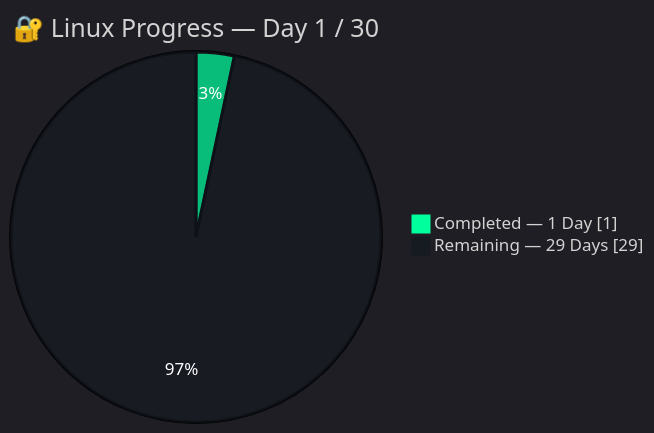
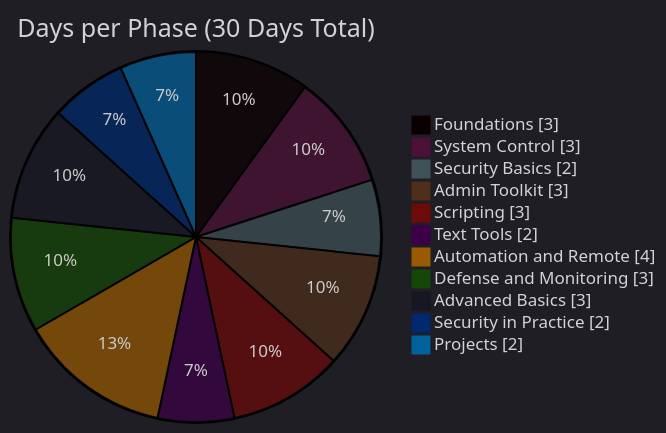
The first of 2 diagrams in README.md (Jeetendra-sanatani/linux-learning-journey), drawn with Mermaid before and after one commit. The commit also changed other lines of this file, not shown here.

````diff
--- a/README.md
+++ b/README.md
@@ -38,16 +18,16 @@
 ```mermaid
-%%{init: {
-  "theme": "dark",
-  "themeVariables": {
-    "pie1": "#00ff9d",
-    "pie2": "#161b22",
-    "pieStrokeColor": "#0d1117",
-    "pieStrokeWidth": "3px",
-    "textColor": "#ffffff"
-  }
-}}%%
+%%{init: {'theme':'dark'}}%%
 pie showData
-    title 🔐 Linux Progress — Day 1 / 30
-    "Completed — 1 Day" : 1
-    "Remaining — 29 Days" : 29
+    title Days per Phase (30 Days Total)
+    "Foundations" : 3
+    "System Control" : 3
+    "Security Basics" : 2
+    "Admin Toolkit" : 3
+    "Scripting" : 3
+    "Text Tools" : 2
+    "Automation and Remote" : 4
+    "Defense and Monitoring" : 3
+    "Advanced Basics" : 3
+    "Security in Practice" : 2
+    "Projects" : 2
 ```
````
